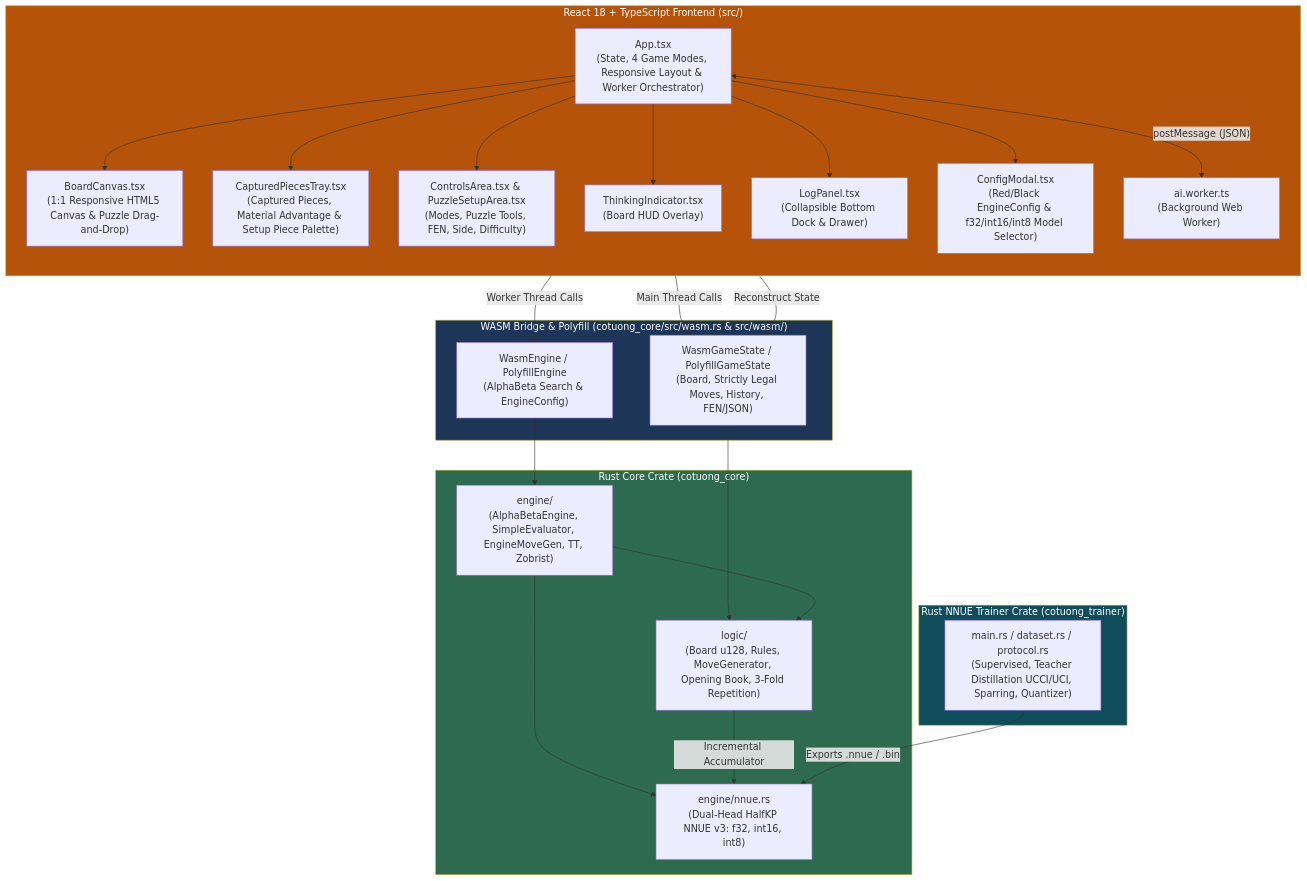
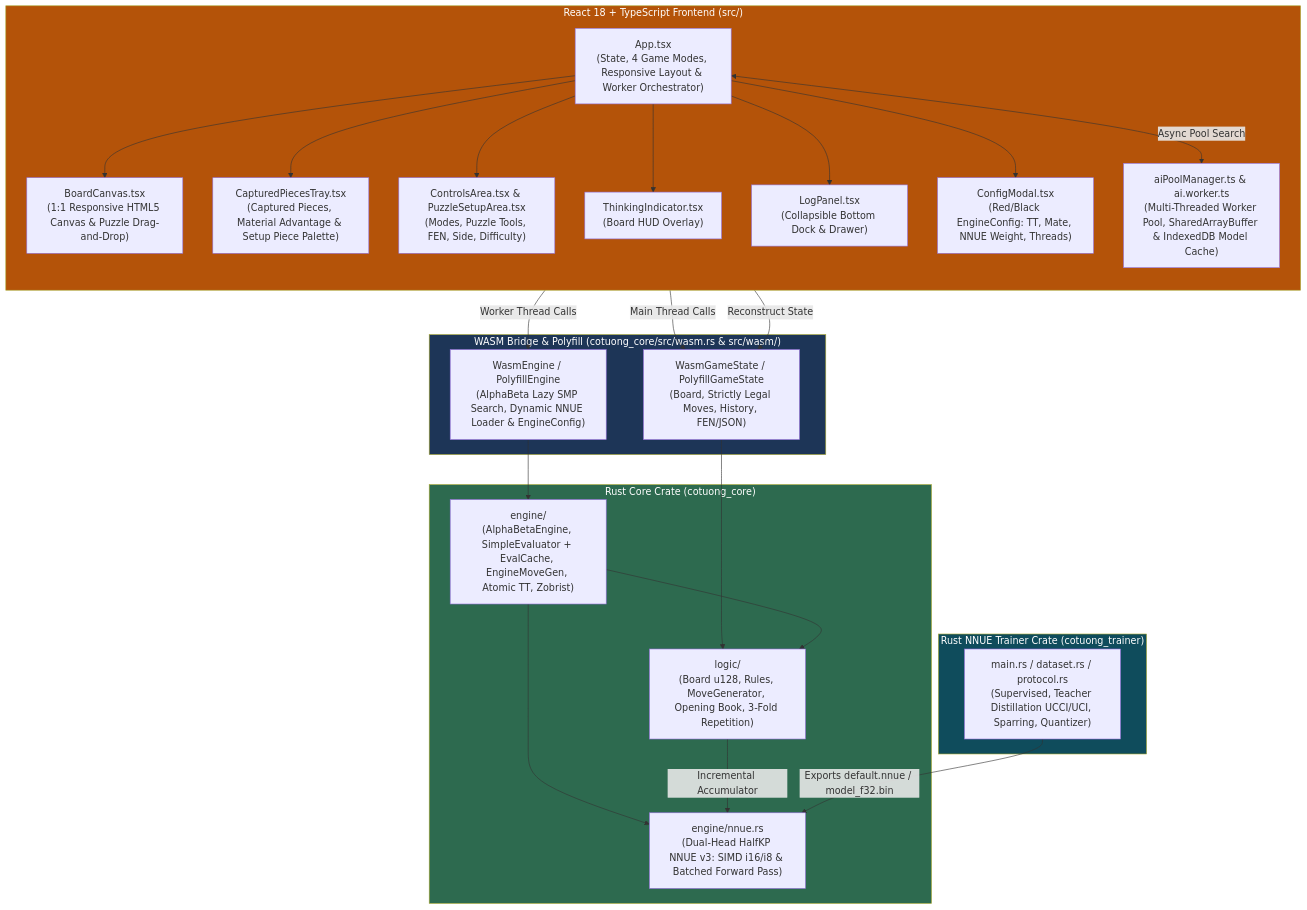
Before and after one commit to thichuong/GameCoTuong: the first of 5 diagrams in ARCHITECTURE.md, drawn with Mermaid. The commit also changed other lines of this file and 7 other files, not shown here.

Commit message:
docs: sync ARCHITECTURE.md, README.md, and .agent skills/rules with current architecture

````diff
--- a/ARCHITECTURE.md
+++ b/ARCHITECTURE.md
@@ -5,51 +5,51 @@
 ```mermaid
 graph TB
     subgraph Frontend["React 18 + TypeScript Frontend (src/)"]
         direction TB
         App["App.tsx<br/>(State, 4 Game Modes, Responsive Layout & Worker Orchestrator)"]
         Canvas["BoardCanvas.tsx<br/>(1:1 Responsive HTML5 Canvas & Puzzle Drag-and-Drop)"]
         Trays["CapturedPiecesTray.tsx<br/>(Captured Pieces, Material Advantage & Setup Piece Palette)"]
         Controls["ControlsArea.tsx & PuzzleSetupArea.tsx<br/>(Modes, Puzzle Tools, FEN, Side, Difficulty)"]
         Overlay["ThinkingIndicator.tsx<br/>(Board HUD Overlay)"]
         Log["LogPanel.tsx<br/>(Collapsible Bottom Dock & Drawer)"]
-        Config["ConfigModal.tsx<br/>(Red/Black EngineConfig & f32/int16/int8 Model Selector)"]
-        Worker["ai.worker.ts<br/>(Background Web Worker)"]
+        Config["ConfigModal.tsx<br/>(Red/Black EngineConfig: TT, Mate, NNUE Weight, Threads)"]
+        Pool["aiPoolManager.ts & ai.worker.ts<br/>(Multi-Threaded Worker Pool, SharedArrayBuffer & IndexedDB Model Cache)"]
     end
 
     subgraph WasmBridge["WASM Bridge & Polyfill (cotuong_core/src/wasm.rs & src/wasm/)"]
         WGS["WasmGameState / PolyfillGameState<br/>(Board, Strictly Legal Moves, History, FEN/JSON)"]
-        WE["WasmEngine / PolyfillEngine<br/>(AlphaBeta Search & EngineConfig)"]
+        WE["WasmEngine / PolyfillEngine<br/>(AlphaBeta Lazy SMP Search, Dynamic NNUE Loader & EngineConfig)"]
     end
 
     subgraph Core["Rust Core Crate (cotuong_core)"]
         Logic["logic/<br/>(Board u128, Rules, MoveGenerator, Opening Book, 3-Fold Repetition)"]
-        Engine["engine/<br/>(AlphaBetaEngine, SimpleEvaluator, EngineMoveGen, TT, Zobrist)"]
-        NNUE["engine/nnue.rs<br/>(Dual-Head HalfKP NNUE v3: f32, int16, int8)"]
+        Engine["engine/<br/>(AlphaBetaEngine, SimpleEvaluator + EvalCache, EngineMoveGen, Atomic TT, Zobrist)"]
+        NNUE["engine/nnue.rs<br/>(Dual-Head HalfKP NNUE v3: SIMD i16/i8 & Batched Forward Pass)"]
     end
 
     subgraph Trainer["Rust NNUE Trainer Crate (cotuong_trainer)"]
         TrainMain["main.rs / dataset.rs / protocol.rs<br/>(Supervised, Teacher Distillation UCCI/UCI, Sparring, Quantizer)"]
     end
 
     App --> Canvas
     App --> Trays
     App --> Controls
     App --> Overlay
     App --> Log
     App --> Config
     App -->|"Main Thread Calls"| WGS
-    App <-->|"postMessage (JSON)"| Worker
-    Worker -->|"Worker Thread Calls"| WE
-    Worker -->|"Reconstruct State"| WGS
+    App <-->|"Async Pool Search"| Pool
+    Pool -->|"Worker Thread Calls"| WE
+    Pool -->|"Reconstruct State"| WGS
     WGS --> Logic
     WE --> Engine
     Engine --> Logic
     Engine --> NNUE
     Logic -->|"Incremental Accumulator"| NNUE
-    TrainMain -->|"Exports .nnue / .bin"| NNUE
+    TrainMain -->|"Exports default.nnue / model_f32.bin"| NNUE
 
     style Core fill:#2d6a4f,color:#fff
     style Trainer fill:#0f4c5c,color:#fff
     style WasmBridge fill:#1d3557,color:#fff
     style Frontend fill:#b45309,color:#fff
 ```
````
